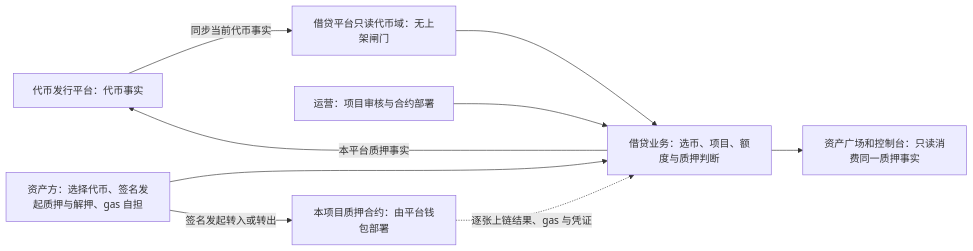
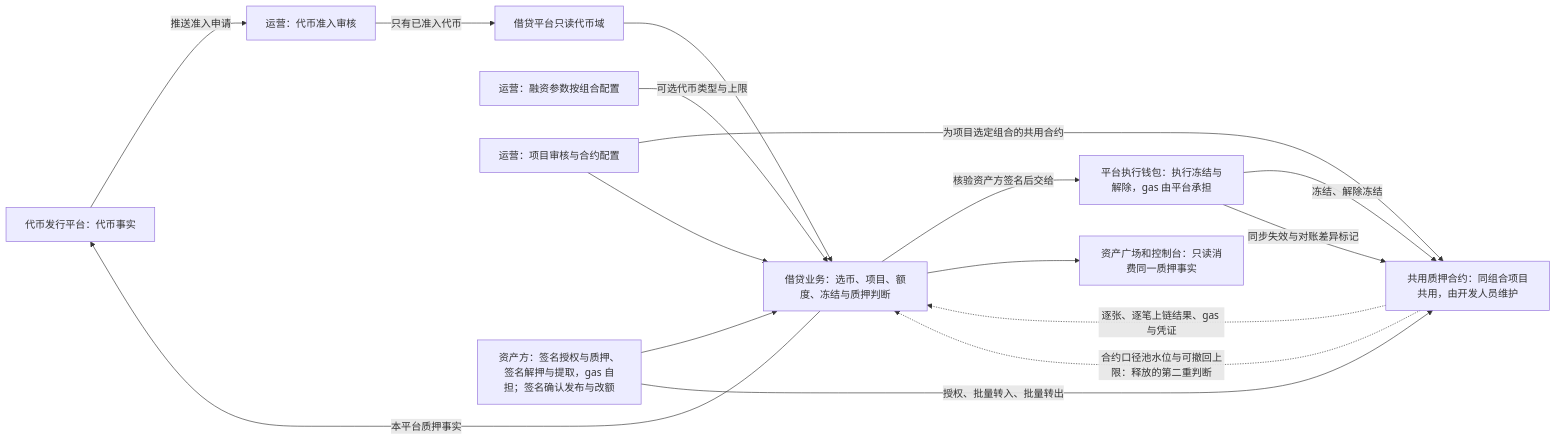
The fifth of 10 diagrams in lending-platform/PRD/面客端/05-借贷广场-融资需求与代币质押/02-融资需求与代币质押-流程图与状态机.md (wxblockchain/Chain-Financing), drawn with Mermaid before and after one commit. The commit also changed other lines of this file and 5 other files, not shown here.

````diff
--- a/lending-platform/PRD/面客端/05-借贷广场-融资需求与代币质押/02-融资需求与代币质押-流程图与状态机.md
+++ b/lending-platform/PRD/面客端/05-借贷广场-融资需求与代币质押/02-融资需求与代币质押-流程图与状态机.md
@@ -130,11 +152,18 @@
 ```mermaid
 flowchart LR
-  A[代币发行平台：代币事实] -->|同步当前代币事实| B[借贷平台只读代币域：无上架闸门]
-  B --> C[借贷业务：选币、项目、额度与质押判断]
-  D[运营：项目审核与合约部署] --> C
-  E[资产方：选择代币、签名发起质押与解押、gas 自担] --> C
-  X[本项目质押合约：由平台钱包部署] -.->|逐张上链结果、gas 与凭证| C
-  E -->|签名发起转入或转出| X
+  A[代币发行平台：代币事实] -->|推送准入申请| AD[运营：代币准入审核]
+  AD -->|只有已准入代币| B[借贷平台只读代币域]
+  B --> C[借贷业务：选币、项目、额度、冻结与质押判断]
+  P[运营：融资参数按组合配置] -->|可选代币类型与上限| C
+  D[运营：项目审核与合约配置] -->|为项目选定组合的共用合约| X
+  D --> C
+  E[资产方：签名授权与质押、签名解押与提取，gas 自担；签名确认发布与改额] --> C
+  PW[平台执行钱包：执行冻结与解除，gas 由平台承担] -->|冻结、解除冻结| X
+  C -->|核验资产方签名后交给| PW
+  X[共用质押合约：同组合项目共用，由开发人员维护] -.->|逐张、逐笔上链结果、gas 与凭证| C
+  E -->|授权、批量转入、批量转出| X
+  PW -->|同步失效与对账差异标记| X
+  X -.->|合约口径池水位与可撤回上限：释放的第二重判断| C
   C -->|本平台质押事实| A
   C --> F[资产广场和控制台：只读消费同一质押事实]
 ```
````
